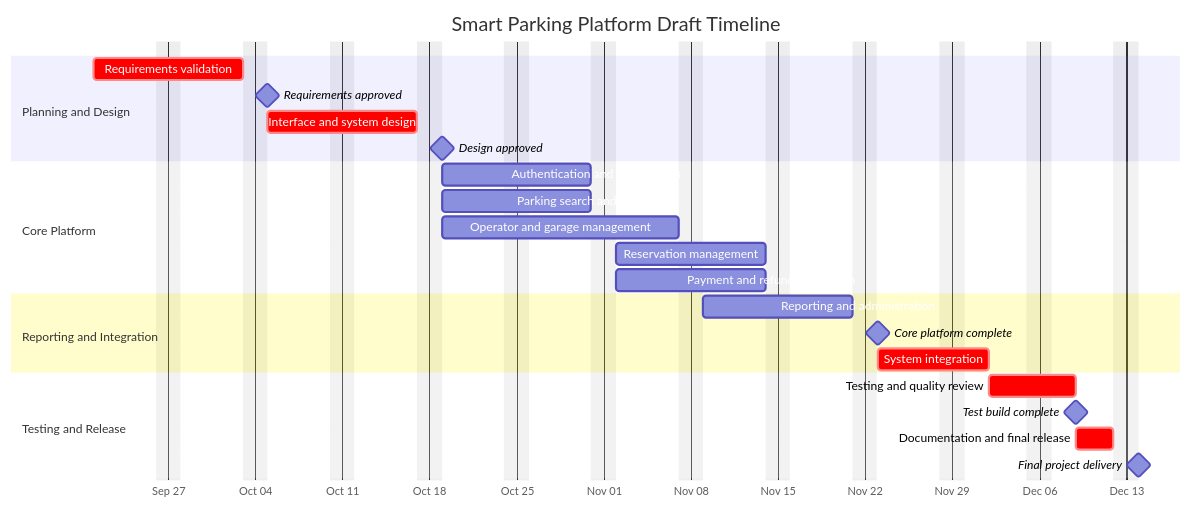
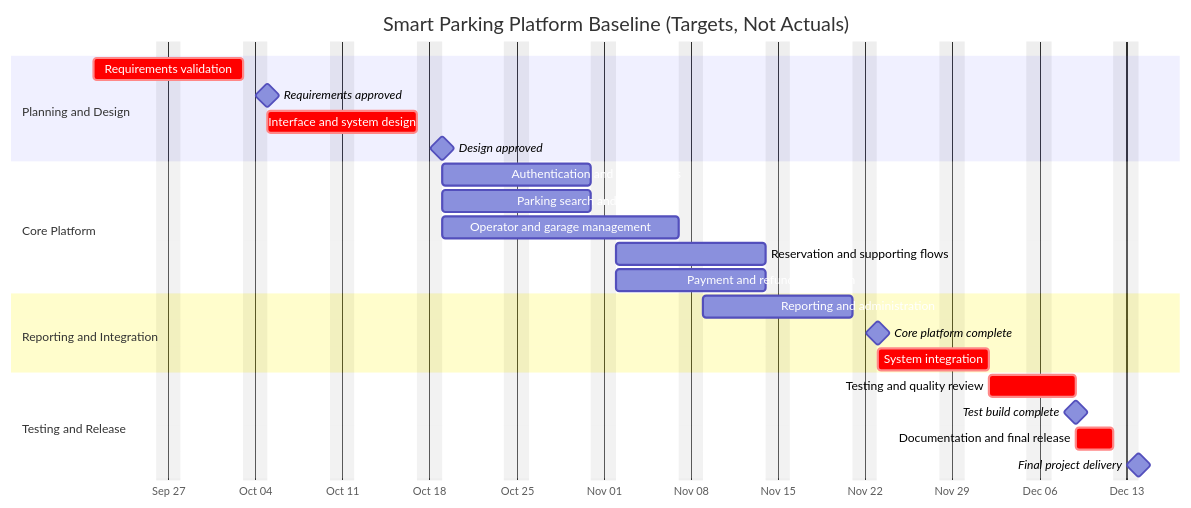
One commit to SarrthiJasrotia/CIS-4374-Smart-Parking-Platform changed the diagram in Homework-2-WBS-and-Timeline.md. Above: the diagram before and after it, drawn with Mermaid. The commit also changed other lines of this file, not shown here.

````diff
--- a/Homework-2-WBS-and-Timeline.md
+++ b/Homework-2-WBS-and-Timeline.md
@@ -150,31 +167,31 @@
 ```mermaid
 gantt
-    title Smart Parking Platform Draft Timeline
+    title Smart Parking Platform Baseline (Targets, Not Actuals)
     dateFormat YYYY-MM-DD
     axisFormat %b %d
     excludes weekends
 
     section Planning and Design
     Requirements validation            :crit, req, 2026-09-21, 10d
     Requirements approved              :milestone, m1, after req, 0d
     Interface and system design         :crit, design, after req, 10d
     Design approved                     :milestone, m2, after design, 0d
 
     section Core Platform
     Authentication and user profiles    :auth, after design, 10d
     Parking search and availability     :search, after design, 10d
     Operator and garage management      :garage, after design, 15d
-    Reservation management              :reserve, after search, 10d
+    Reservation and supporting flows    :reserve, after auth search, 10d
     Payment and refund integration      :pay, after auth, 10d
 
     section Reporting and Integration
     Reporting and administration        :report, after garage, 10d
     Core platform complete              :milestone, m3, after report, 0d
     System integration                  :crit, integration, after report, 7d
 
     section Testing and Release
     Testing and quality review           :crit, testing, after integration, 5d
     Test build complete                  :milestone, m4, after testing, 0d
     Documentation and final release      :crit, release, after testing, 3d
     Final project delivery               :milestone, m5, after release, 0d
 ```
````
